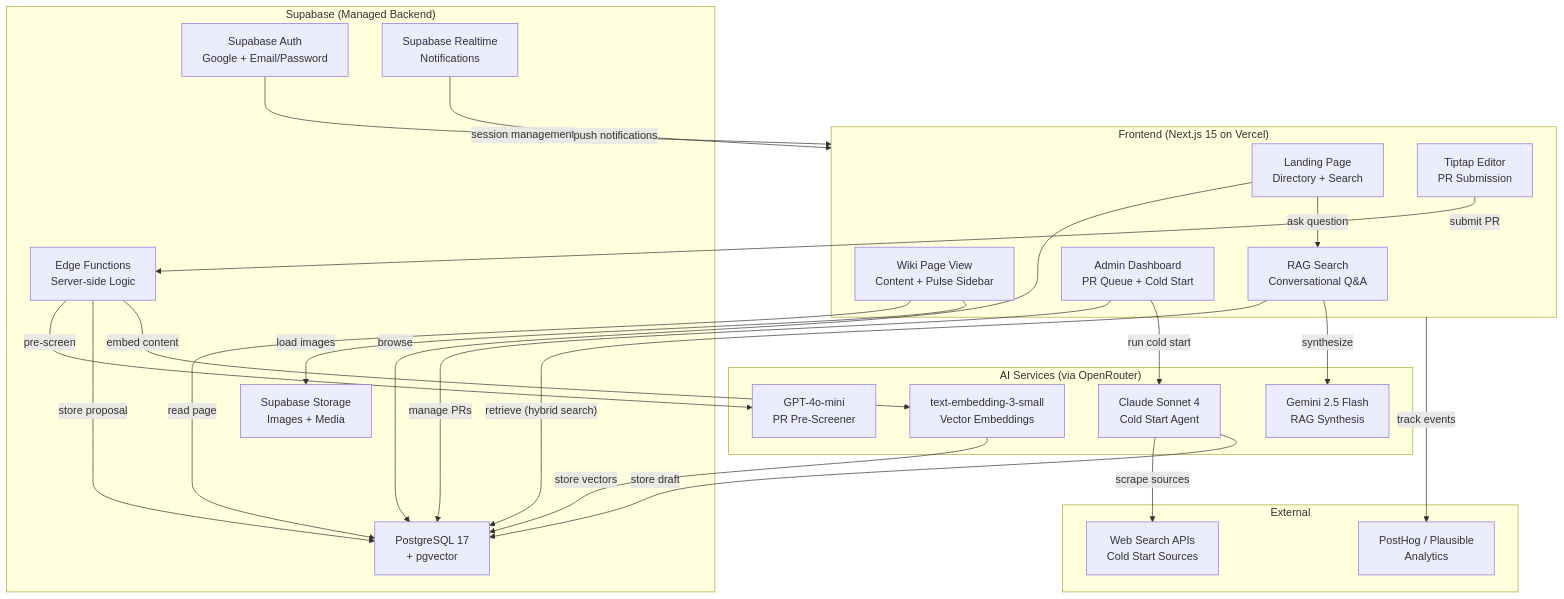
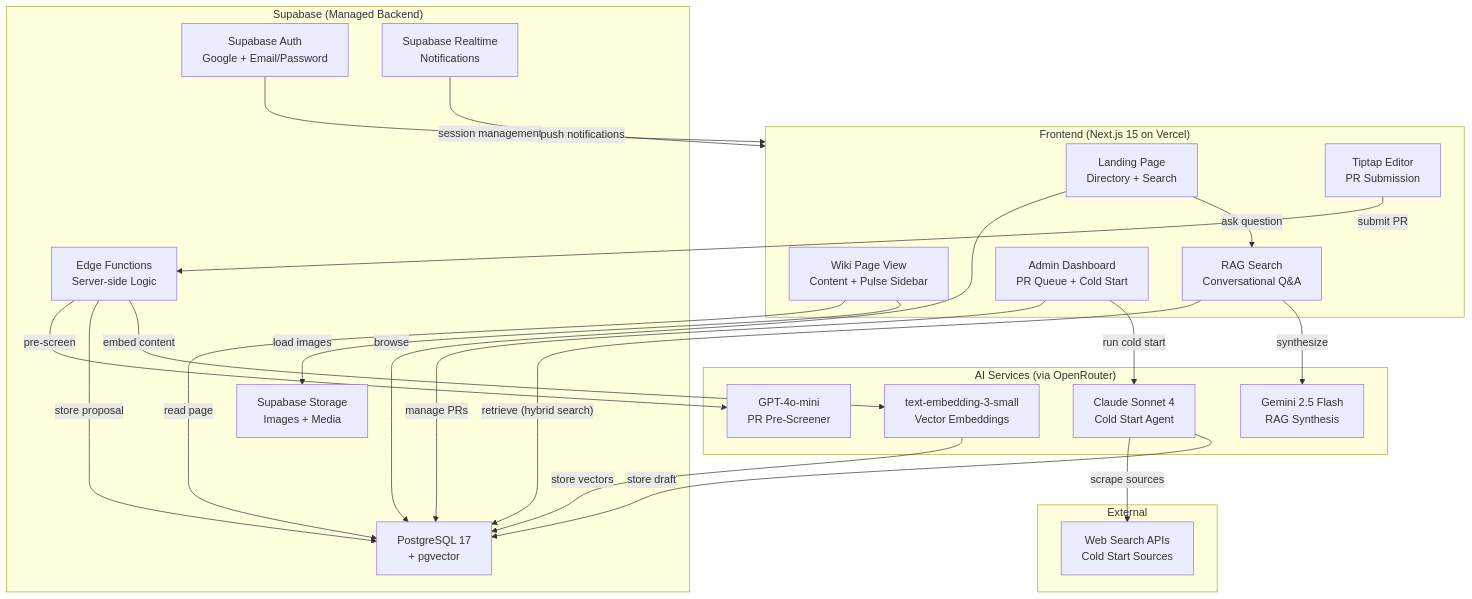
Before and after one commit to suryajj/uw-wiki: the diagram in UW-Wiki/PRD.md, drawn with Mermaid. The commit also changed other lines of this file and 4 other files, not shown here.

````diff
--- a/UW-Wiki/PRD.md
+++ b/UW-Wiki/PRD.md
@@ -567,49 +566,47 @@
 ```mermaid
 graph TD
     subgraph Frontend["Frontend (Next.js 15 on Vercel)"]
         Landing["Landing Page\nDirectory + Search"]
         WikiPage["Wiki Page View\nContent + Pulse Sidebar"]
         Editor["Tiptap Editor\nPR Submission"]
         SearchUI["RAG Search\nConversational Q&A"]
         AdminDash["Admin Dashboard\nPR Queue + Cold Start"]
     end
 
     subgraph Supabase["Supabase (Managed Backend)"]
         Auth["Supabase Auth\nGoogle + Email/Password"]
         DB["PostgreSQL 17\n+ pgvector"]
         Storage["Supabase Storage\nImages + Media"]
         Realtime["Supabase Realtime\nNotifications"]
         EdgeFn["Edge Functions\nServer-side Logic"]
     end
 
     subgraph AI["AI Services (via OpenRouter)"]
         RAG["Gemini 2.5 Flash\nRAG Synthesis"]
         PreScreen["GPT-4o-mini\nPR Pre-Screener"]
         ColdStart["Claude Sonnet 4\nCold Start Agent"]
         Embeddings["text-embedding-3-small\nVector Embeddings"]
     end
 
     subgraph External["External"]
         WebSearch["Web Search APIs\nCold Start Sources"]
-        PostHog["PostHog / Plausible\nAnalytics"]
     end
 
     Landing -->|browse| DB
     Landing -->|ask question| SearchUI
     SearchUI -->|"retrieve (hybrid search)"| DB
     SearchUI -->|synthesize| RAG
     WikiPage -->|read page| DB
     WikiPage -->|load images| Storage
     Editor -->|submit PR| EdgeFn
     EdgeFn -->|pre-screen| PreScreen
     EdgeFn -->|store proposal| DB
     AdminDash -->|manage PRs| DB
     AdminDash -->|run cold start| ColdStart
     ColdStart -->|scrape sources| WebSearch
     ColdStart -->|store draft| DB
     Auth -->|session management| Frontend
     Realtime -->|push notifications| Frontend
     EdgeFn -->|embed content| Embeddings
     Embeddings -->|store vectors| DB
-    Frontend -->|track events| PostHog
 ```
````
